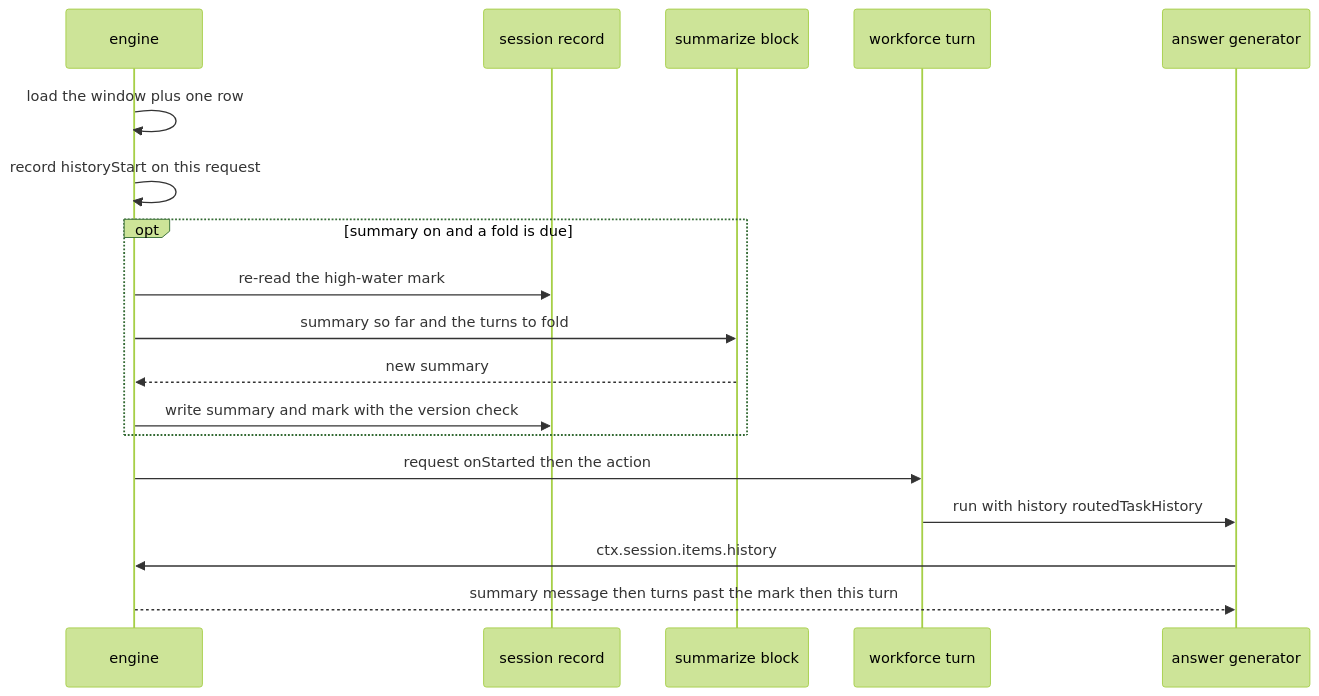
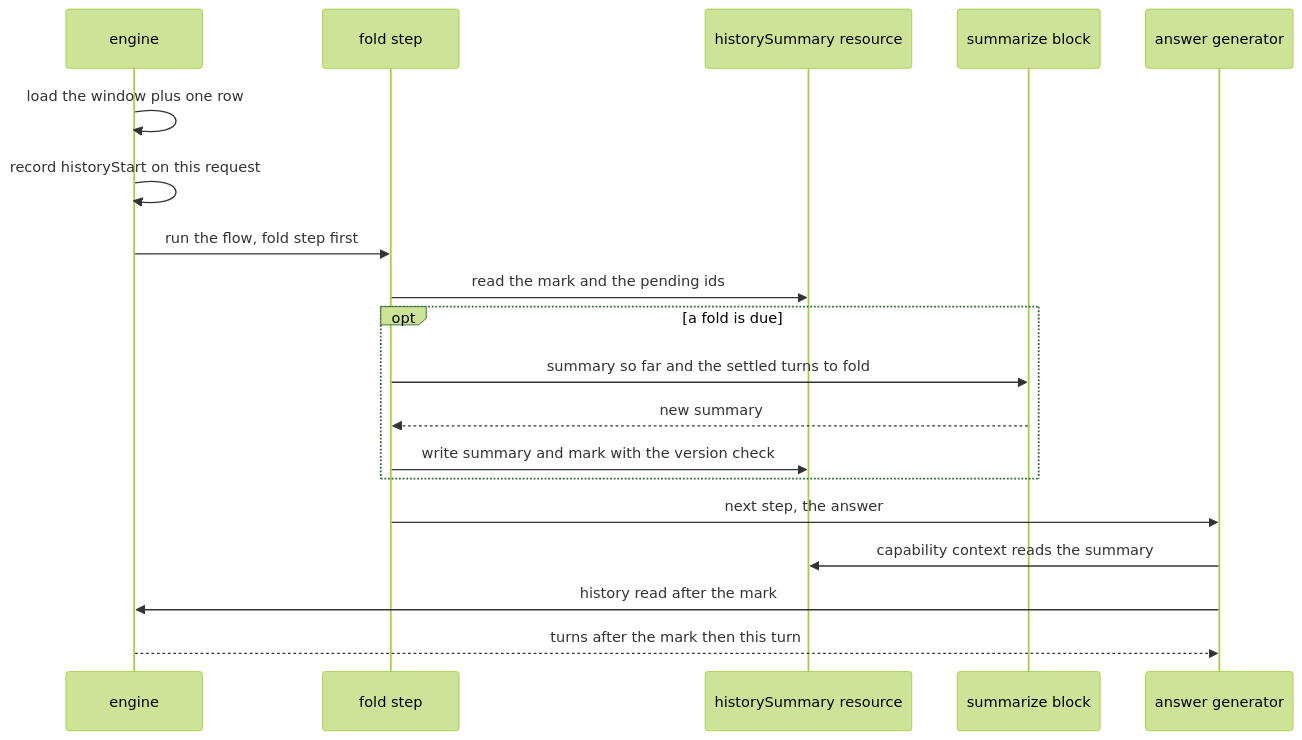
One commit to fixpoint-labs/flow-state-dev changed the second of 2 diagrams in specs/issues/FIX-1613/SPEC.md. Above: the diagram before and after it, drawn with Mermaid (forest theme). The commit also changed other lines of this file and 1 other file, not shown here.

First line of the commit message:
spec(FIX-1613): a history-summary capability and fold step, not an engine option

````diff
--- a/specs/issues/FIX-1613/SPEC.md
+++ b/specs/issues/FIX-1613/SPEC.md
@@ -177,20 +223,21 @@
 ```mermaid
 sequenceDiagram
   participant E as engine
-  participant S as session record
+  participant F as fold step
+  participant R as historySummary resource
   participant B as summarize block
-  participant W as workforce turn
   participant G as answer generator
   E->>E: load the window plus one row
   E->>E: record historyStart on this request
-  opt summary on and a fold is due
-    E->>S: re-read the high-water mark
-    E->>B: summary so far and the turns to fold
-    B-->>E: new summary
-    E->>S: write summary and mark with the version check
+  E->>F: run the flow, fold step first
+  F->>R: read the mark and the pending ids
+  opt a fold is due
+    F->>B: summary so far and the settled turns to fold
+    B-->>F: new summary
+    F->>R: write summary and mark with the version check
   end
-  E->>W: request onStarted then the action
-  W->>G: run with history routedTaskHistory
-  G->>E: ctx.session.items.history
-  E-->>G: summary message then turns past the mark then this turn
+  F->>G: next step, the answer
+  G->>R: capability context reads the summary
+  G->>E: history read after the mark
+  E-->>G: turns after the mark then this turn
 ```
````
